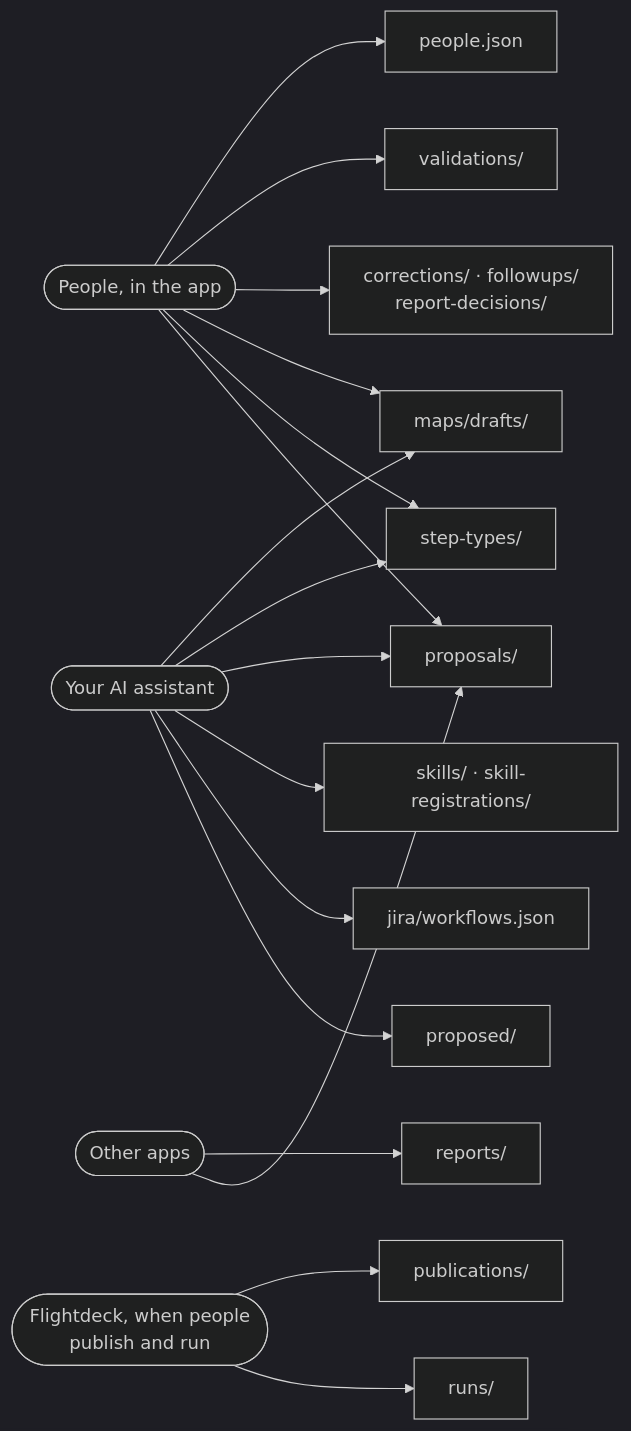
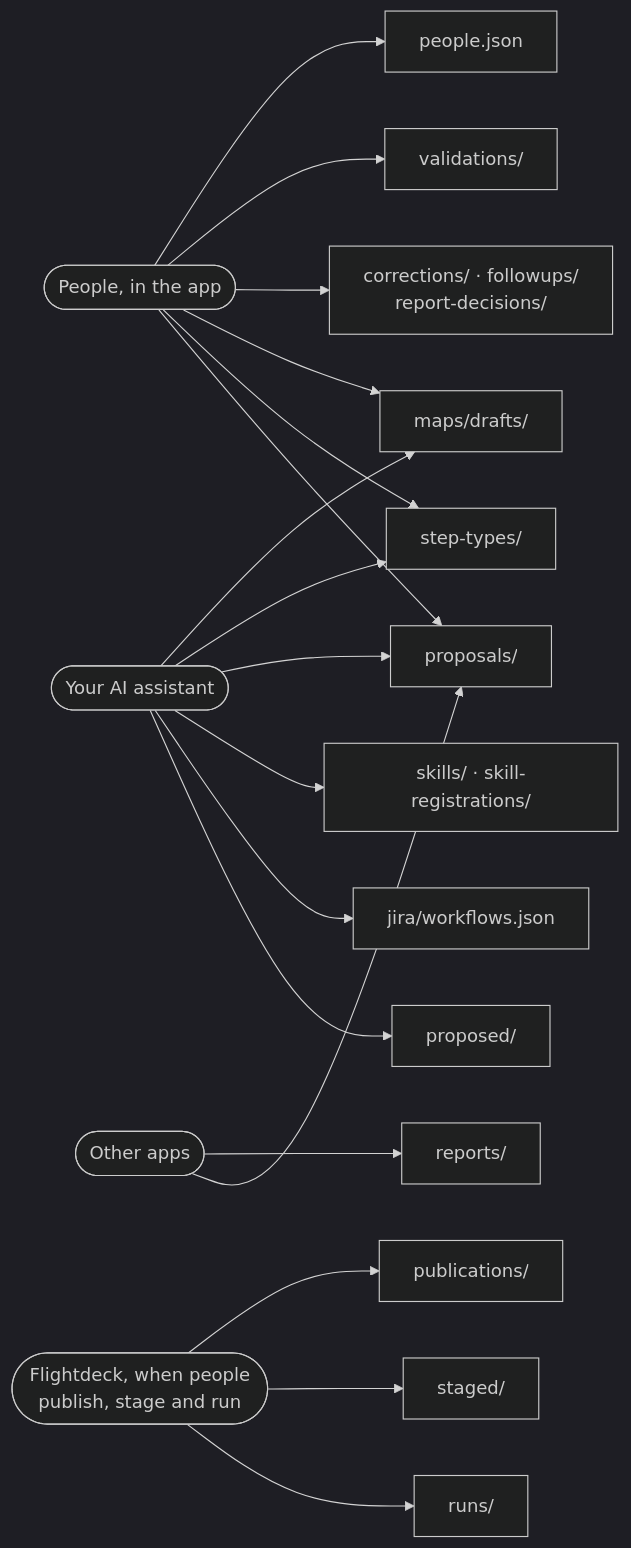
The fifth of 5 diagrams in README.md (troylar/flightdeck), drawn with Mermaid (dark theme) before and after one commit. The commit also changed other lines of this file, not shown here.

First line of the commit message:
docs(readme): only when, staging and test runs for 2.1

````diff
--- a/README.md
+++ b/README.md
@@ -747,8 +769,8 @@
 ```mermaid
 flowchart LR
     P(["People, in the app"]) --> people["people.json"] & val["validations/"] & dec["corrections/ · followups/<br/>report-decisions/"]
     P & AI(["Your AI assistant"]) --> drafts["maps/drafts/"] & types["step-types/"] & prop["proposals/"]
     AI --> skills["skills/ · skill-registrations/"] & jira["jira/workflows.json"] & proposed["proposed/"]
-    FD(["Flightdeck, when people<br/>publish and run"]) --> pubs["publications/"] & runs["runs/"]
+    FD(["Flightdeck, when people<br/>publish, stage and run"]) --> pubs["publications/"] & staged["staged/"] & runs["runs/"]
     T(["Other apps"]) --> reports["reports/"] & prop
 ```
````
